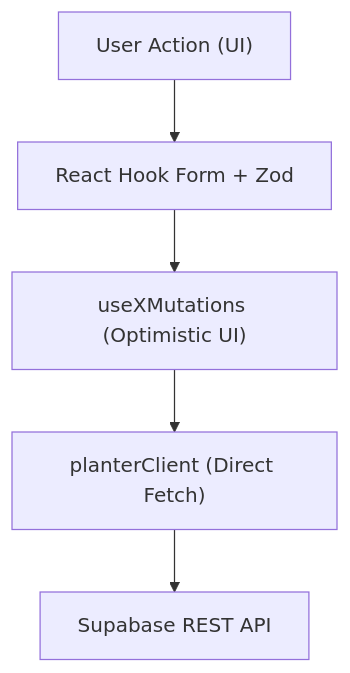
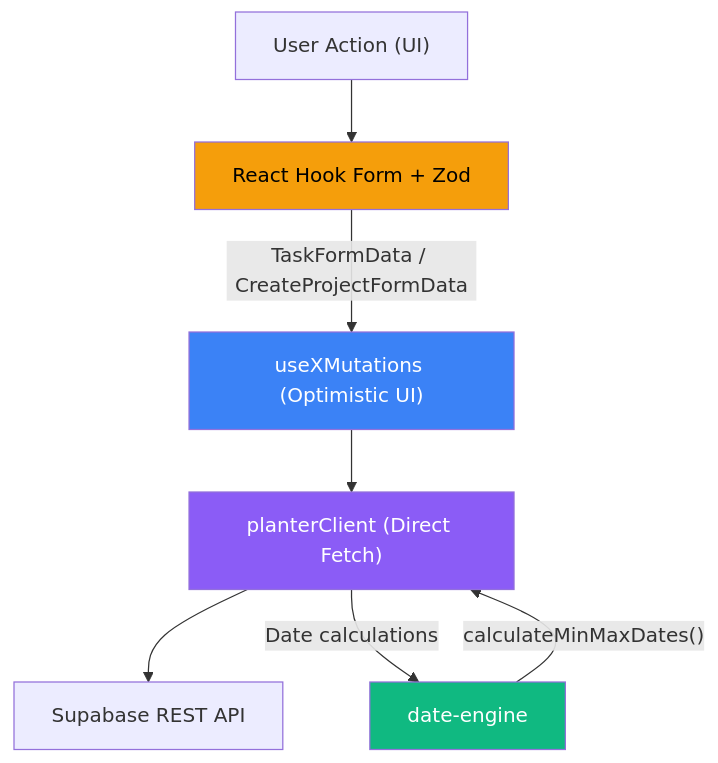
One commit to JoelA510/PlanterPlan-Alpha changed the sixth of 7 diagrams in PR_DESCRIPTION_DRAFT.md. Above: the diagram before and after it, drawn with Mermaid. The commit also changed other lines of this file and 8 other files, not shown here.

First line of the commit message:
docs: synchronize architecture documentation for Wave 15 and remove legacy archive folder

````diff
--- a/PR_DESCRIPTION_DRAFT.md
+++ b/PR_DESCRIPTION_DRAFT.md
@@ -55,7 +254,15 @@
 ```mermaid
 graph TD
     A["User Action (UI)"] --> B["React Hook Form + Zod"]
-    B --> C["useXMutations (Optimistic UI)"]
+    B -->|"TaskFormData / CreateProjectFormData"| C["useXMutations (Optimistic UI)"]
     C --> D["planterClient (Direct Fetch)"]
     D --> E["Supabase REST API"]
+
+    D -->|"Date calculations"| F["date-engine"]
+    F -->|"calculateMinMaxDates()"| D
+
+    style B fill:#f59e0b,color:#000
+    style C fill:#3b82f6,color:#fff
+    style D fill:#8b5cf6,color:#fff
+    style F fill:#10b981,color:#fff
 ```
````
